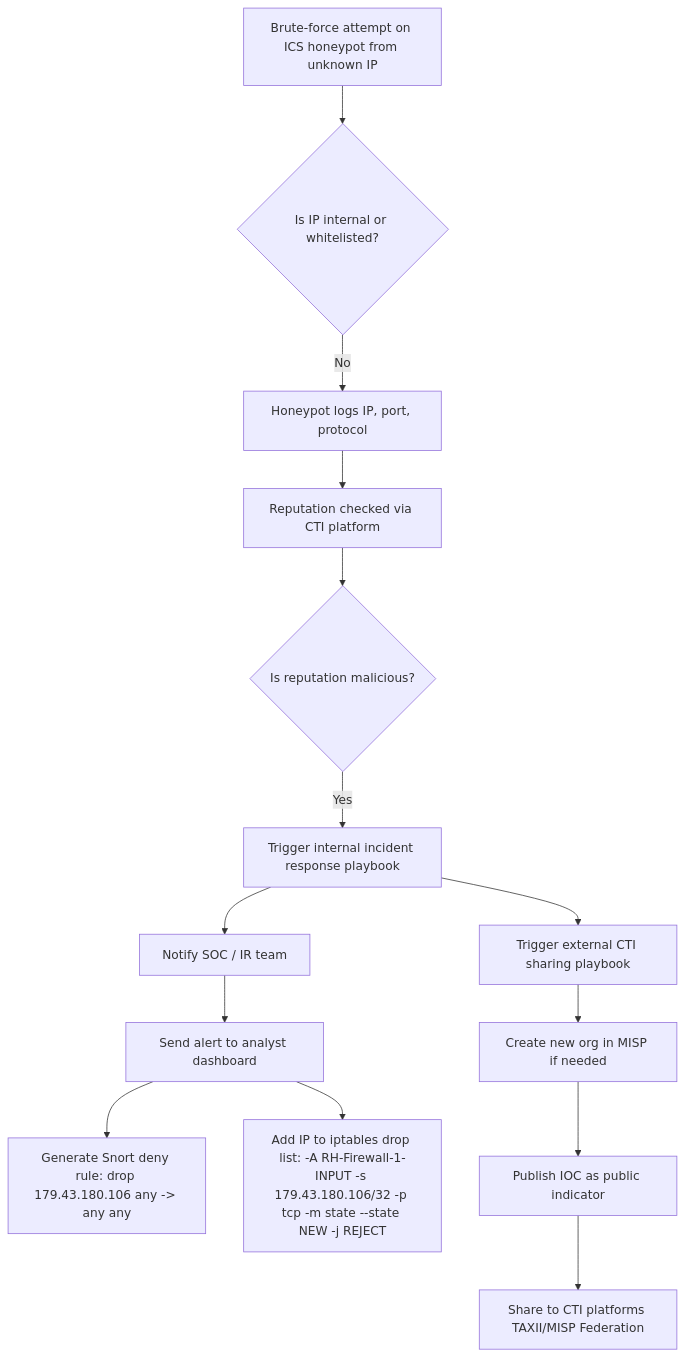
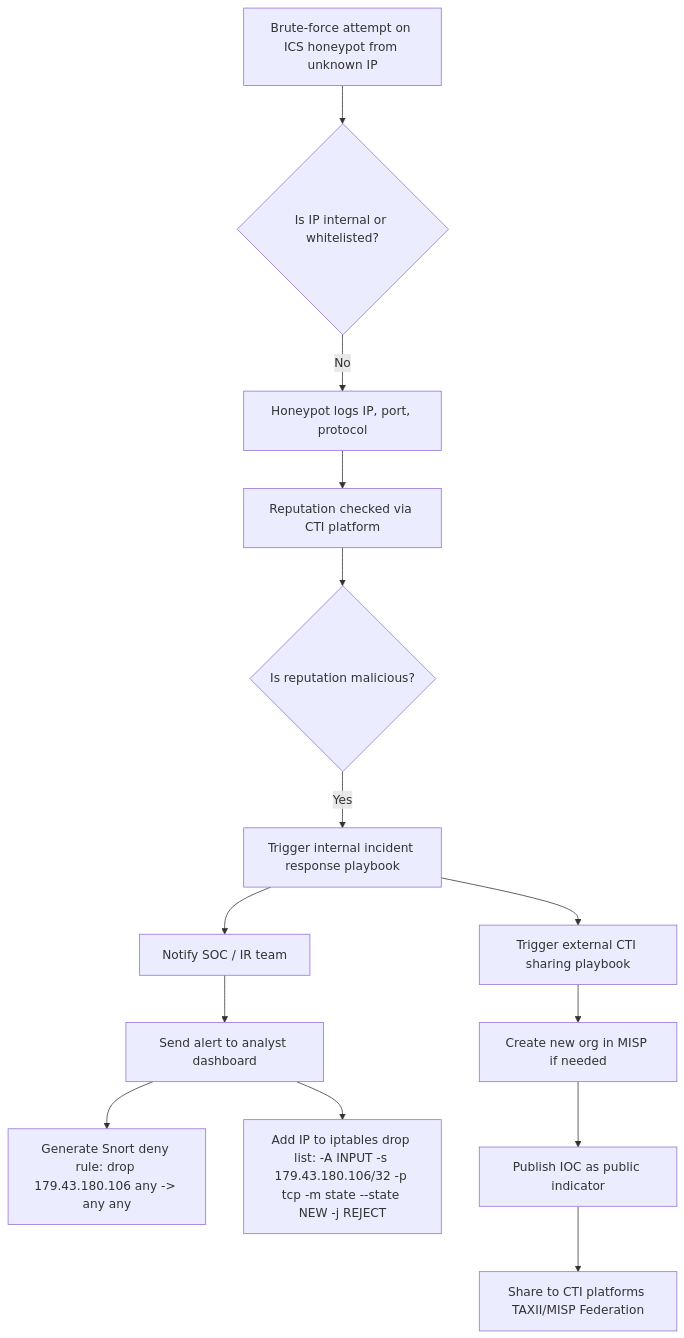
The first of 7 diagrams in flowcharts.md (secfit/ICS_playbook), drawn with Mermaid before and after one commit.

````diff
--- a/flowcharts.md
+++ b/flowcharts.md
@@ -5,23 +5,23 @@
 ```mermaid
 flowchart TD
   A[Brute-force attempt on ICS honeypot from unknown IP]
   B{Is IP internal or whitelisted?}
   C[Honeypot logs IP, port, protocol]
   D[Reputation checked via CTI platform]
   E{Is reputation malicious?}
   F[Trigger internal incident response playbook]
   G[Generate Snort deny rule: drop 179.43.180.106 any -> any any]
-  H[Add IP to iptables drop list: -A RH-Firewall-1-INPUT -s 179.43.180.106/32 -p tcp -m state --state NEW -j REJECT]
+  H[Add IP to iptables drop list: -A INPUT -s 179.43.180.106/32 -p tcp -m state --state NEW -j REJECT]
   I[Notify SOC / IR team]
   J[Send alert to analyst dashboard]
   K[Trigger external CTI sharing playbook]
   L[Create new org in MISP if needed]
   M[Publish IOC as public indicator]
   N[Share to CTI platforms TAXII/MISP Federation]
 
   A --> B
   B -- No --> C --> D --> E
   E -- Yes --> F --> I --> J --> G
   J --> H
   F --> K --> L --> M --> N
 ```
````
